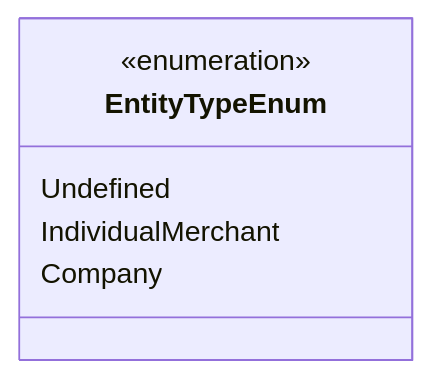
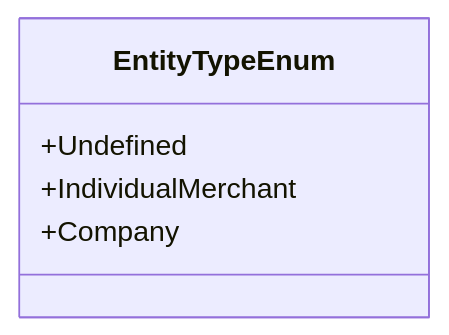
One commit to IsthmusSistemas/documentacao-tecnica changed the diagram in docs/b2b-dominio/IsthmusWinthor.Nucleo/IsthmusWinthor.Dominio/Enumeradores/SafraPay/EntityTypeEnum.md. Above: the diagram before and after it, drawn with Mermaid. The commit also changed other lines of this file and 882 other files, not shown here.

````diff
--- a/docs/b2b-dominio/IsthmusWinthor.Nucleo/IsthmusWinthor.Dominio/Enumeradores/SafraPay/EntityTypeEnum.md
+++ b/docs/b2b-dominio/IsthmusWinthor.Nucleo/IsthmusWinthor.Dominio/Enumeradores/SafraPay/EntityTypeEnum.md
@@ -12,9 +12,8 @@
 ```mermaid
 classDiagram
     class EntityTypeEnum {
-        <<enumeration>>
-        Undefined
-        IndividualMerchant
-        Company
+        +Undefined
+        +IndividualMerchant
+        +Company
     }
 ```
````
